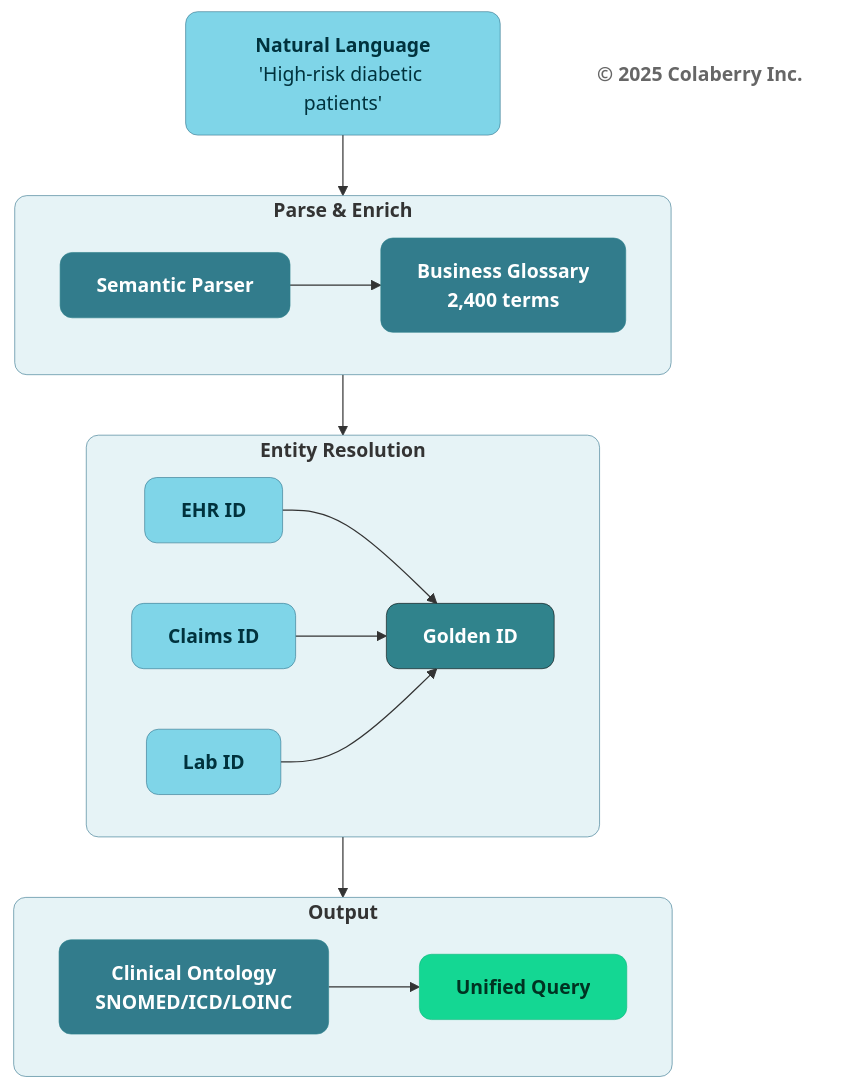
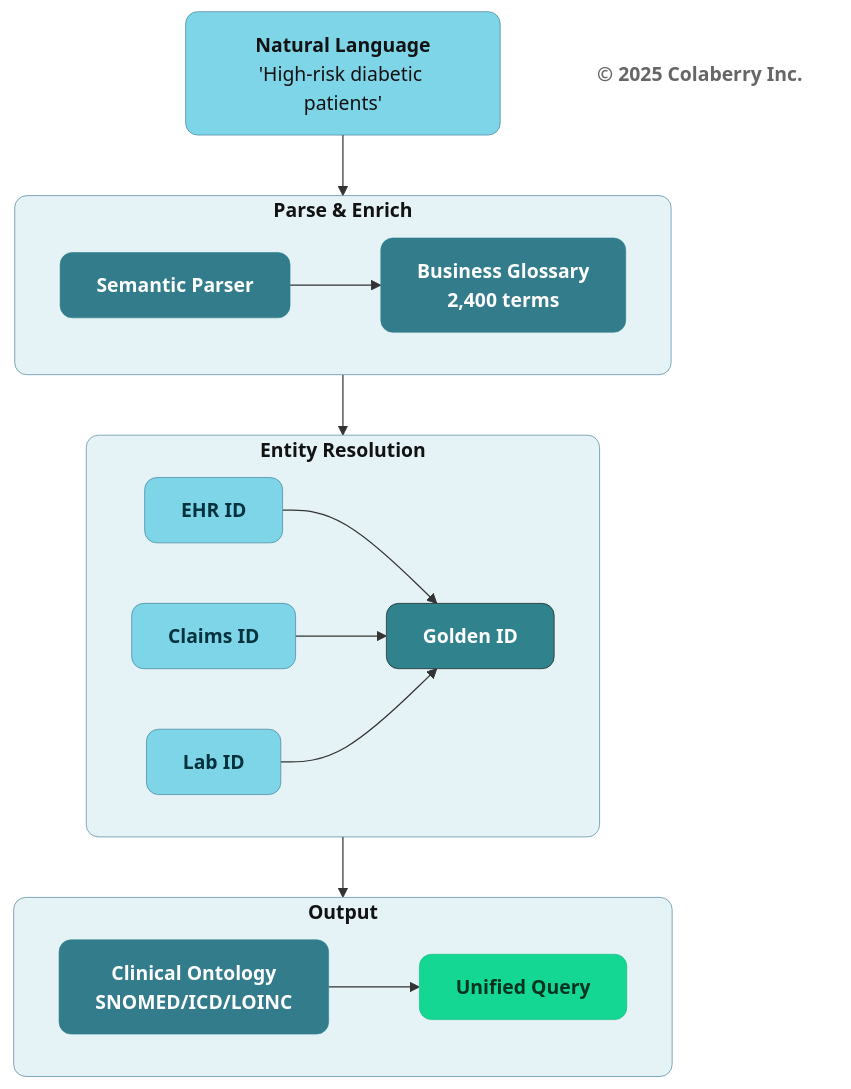
The fifth of 13 diagrams in manuscript/06_chapter_5_intelligence_layers.md (saitejesh-cyber/trust-before-intelligence-book), drawn with Mermaid before and after one commit. The commit also changed other lines of this file and 12 other files, not shown here.

````diff
--- a/manuscript/06_chapter_5_intelligence_layers.md
+++ b/manuscript/06_chapter_5_intelligence_layers.md
@@ -339,45 +339,45 @@
 ```mermaid
 flowchart TB
     NL["<b>Natural Language</b><br/>'High-risk diabetic patients'"]
     
     subgraph PARSE_ROW["<b>Parse & Enrich</b>"]
         direction LR
         PARSE["<b>Semantic Parser</b>"] --> GLOSS["<b>Business Glossary</b><br/><b>2,400 terms</b>"]
     end
     
     subgraph RESOLVE_ROW["<b>Entity Resolution</b>"]
         direction LR
         E1["<b>EHR ID</b>"] --> GOLD["<b>Golden ID</b>"]
         E2["<b>Claims ID</b>"] --> GOLD
         E3["<b>Lab ID</b>"] --> GOLD
     end
     
     subgraph OUTPUT_ROW["<b>Output</b>"]
         direction LR
         ONTO["<b>Clinical Ontology</b><br/><b>SNOMED/ICD/LOINC</b>"] --> RESULT["<b>Unified Query</b>"]
     end
     
     NL --> PARSE_ROW
     PARSE_ROW --> RESOLVE_ROW
     RESOLVE_ROW --> OUTPUT_ROW
     
     Copyright["<b>© 2025 Colaberry Inc.</b>"]
     
-    style NL fill:#7FD5E8,stroke:#32738C,stroke-width:0.5px,color:#00323D,rx:10,ry:10
+    style NL fill:#7FD5E8,stroke:#32738C,stroke-width:0.5px,color:#121212,rx:10,ry:10
     
-    style PARSE_ROW fill:#E6F3F6,stroke:#32738C,stroke-width:0.5px,rx:10,ry:10
+    style PARSE_ROW fill:#E6F3F6,stroke:#32738C,stroke-width:0.5px,color:#121212,rx:10,ry:10
     style PARSE fill:#327C8C,stroke:#30838C,stroke-width:0.5px,color:#ffffff,rx:10,ry:10
     style GLOSS fill:#327C8C,stroke:#30838C,stroke-width:0.5px,color:#ffffff,rx:10,ry:10
     
-    style RESOLVE_ROW fill:#E6F3F6,stroke:#32738C,stroke-width:0.5px,rx:10,ry:10
+    style RESOLVE_ROW fill:#E6F3F6,stroke:#32738C,stroke-width:0.5px,color:#121212,rx:10,ry:10
     style E1 fill:#7FD5E8,stroke:#32738C,stroke-width:0.5px,color:#00323D,rx:10,ry:10
     style E2 fill:#7FD5E8,stroke:#32738C,stroke-width:0.5px,color:#00323D,rx:10,ry:10
     style E3 fill:#7FD5E8,stroke:#32738C,stroke-width:0.5px,color:#00323D,rx:10,ry:10
     style GOLD fill:#30838C,color:#ffffff,stroke:#0D0D0D,stroke-width:0.5px,rx:10,ry:10
     
-    style OUTPUT_ROW fill:#E6F3F6,stroke:#32738C,stroke-width:0.5px,rx:10,ry:10
+    style OUTPUT_ROW fill:#E6F3F6,stroke:#32738C,stroke-width:0.5px,color:#121212,rx:10,ry:10
     style ONTO fill:#327C8C,stroke:#30838C,stroke-width:0.5px,color:#ffffff,rx:10,ry:10
     style RESULT fill:#14D793,color:#003322,stroke:#0FB67D,stroke-width:0.5px,rx:10,ry:10
     
     style Copyright fill:none,stroke:none,color:#666666
 ```
````
